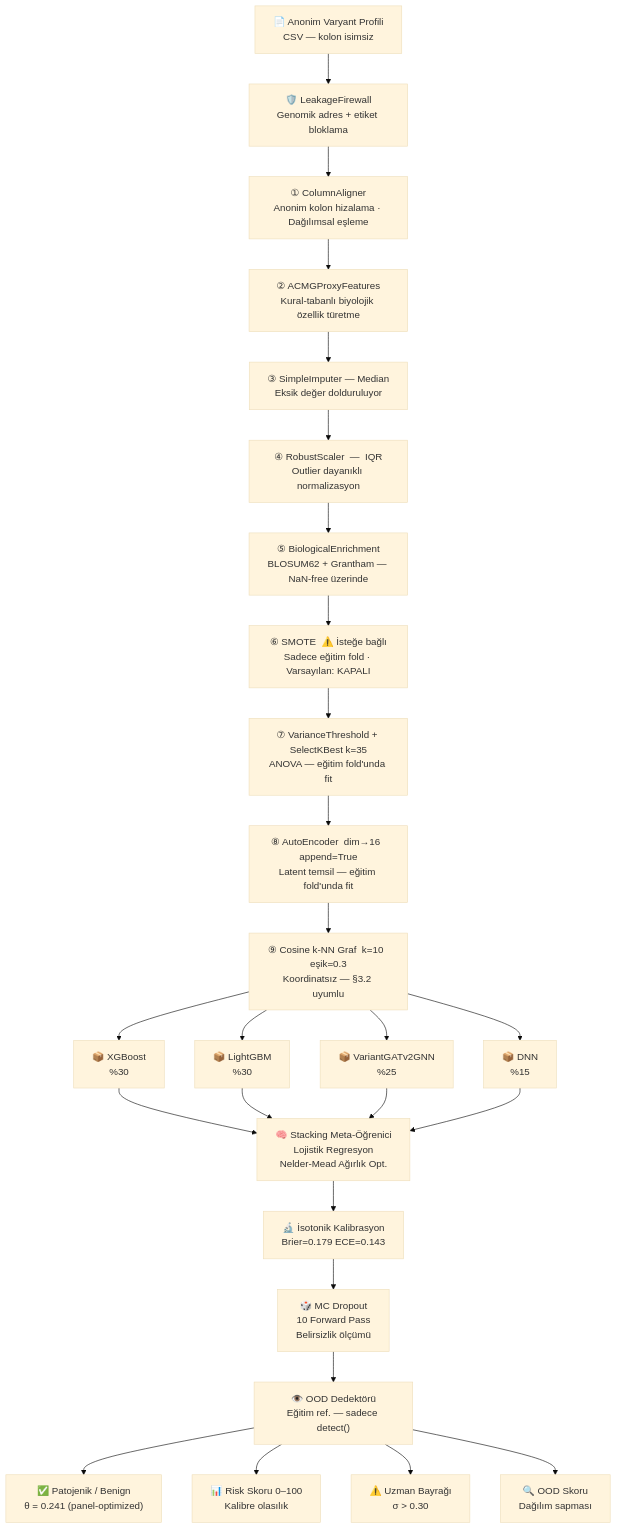
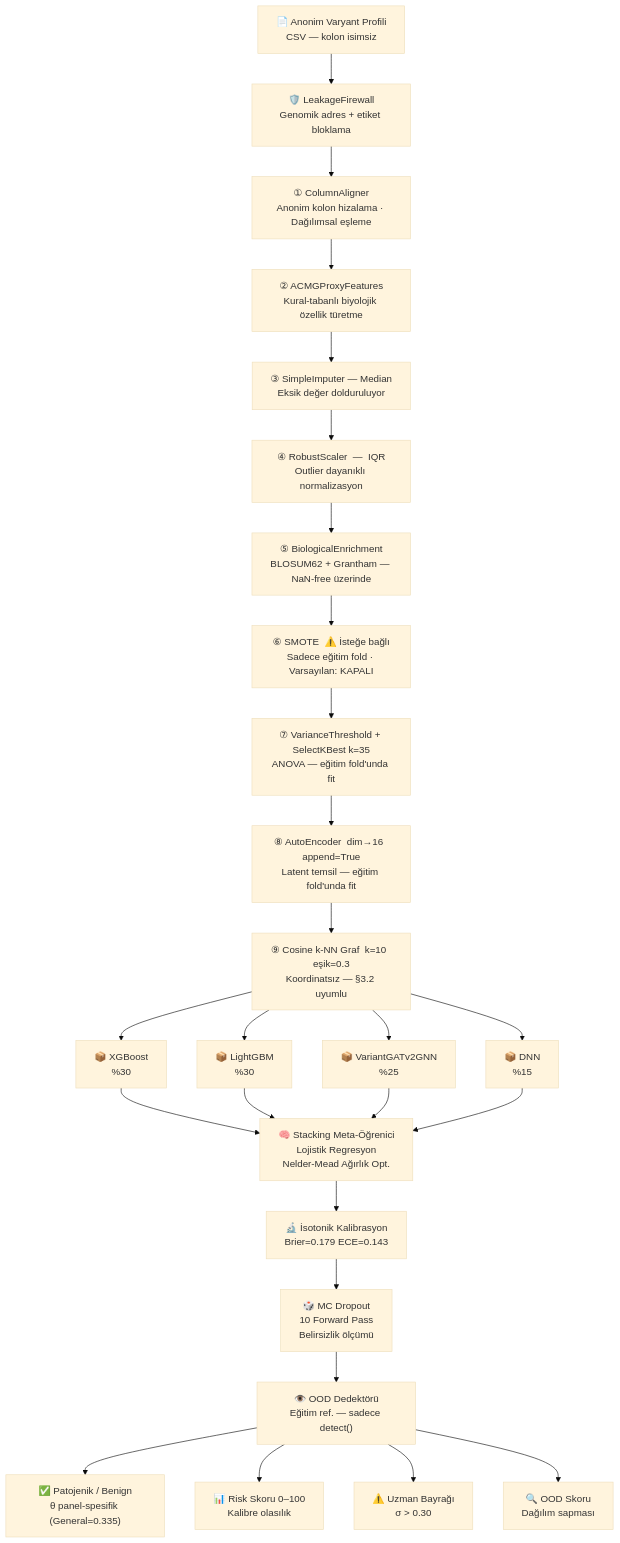
Before and after one commit to msgxr/VARIANT-GNN: the first of 16 diagrams in README.md, drawn with Mermaid (base theme). The commit also changed other lines of this file and 38 other files, not shown here.

````diff
--- a/README.md
+++ b/README.md
@@ -130,35 +131,35 @@
 ```mermaid
 flowchart TD
     A["📄 Anonim Varyant Profili\nCSV — kolon isimsiz"]
 
     A --> LFW["🛡️ LeakageFirewall\nGenomik adres + etiket bloklama"]
 
     LFW --> P1["① ColumnAligner\nAnonim kolon hizalama · Dağılımsal eşleme"]
     P1  --> P2["② ACMGProxyFeatures\nKural-tabanlı biyolojik özellik türetme"]
     P2  --> P3["③ SimpleImputer  —  Median\nEksik değer dolduruluyor"]
     P3  --> P4["④ RobustScaler  —  IQR\nOutlier dayanıklı normalizasyon"]
     P4  --> P5["⑤ BiologicalEnrichment\nBLOSUM62 + Grantham — NaN-free üzerinde"]
     P5  --> P6["⑥ SMOTE  ⚠️ İsteğe bağlı\nSadece eğitim fold · Varsayılan: KAPALI"]
     P6  --> P7["⑦ VarianceThreshold + SelectKBest k=35\nANOVA — eğitim fold'unda fit"]
     P7  --> P8["⑧ AutoEncoder  dim→16  append=True\nLatent temsil — eğitim fold'unda fit"]
     P8  --> P9["⑨ Cosine k-NN Graf  k=10  eşik=0.3\nKoordinatsız — §3.2 uyumlu"]
 
     P9 --> M1["📦 XGBoost\n%30"]
     P9 --> M2["📦 LightGBM\n%30"]
     P9 --> M3["📦 VariantGATv2GNN\n%25"]
     P9 --> M4["📦 DNN\n%15"]
 
     M1 --> ST["🧠 Stacking Meta-Öğrenici\nLojistik Regresyon\nNelder-Mead Ağırlık Opt."]
     M2 --> ST
     M3 --> ST
     M4 --> ST
 
     ST --> ISO["🔬 İsotonik Kalibrasyon\nBrier=0.179  ECE=0.143"]
     ISO --> MCD["🎲 MC Dropout\n10 Forward Pass\nBelirsizlik ölçümü"]
     MCD --> OOD["👁️ OOD Dedektörü\nEğitim ref. — sadece detect()"]
 
-    OOD --> O1["✅ Patojenik / Benign\nθ = 0.241 (panel-optimized)"]
+    OOD --> O1["✅ Patojenik / Benign\nθ panel-spesifik (General=0.335)"]
     OOD --> O2["📊 Risk Skoru 0–100\nKalibre olasılık"]
     OOD --> O3["⚠️ Uzman Bayrağı\nσ > 0.30"]
     OOD --> O4["🔍 OOD Skoru\nDağılım sapması"]
 ```
````
